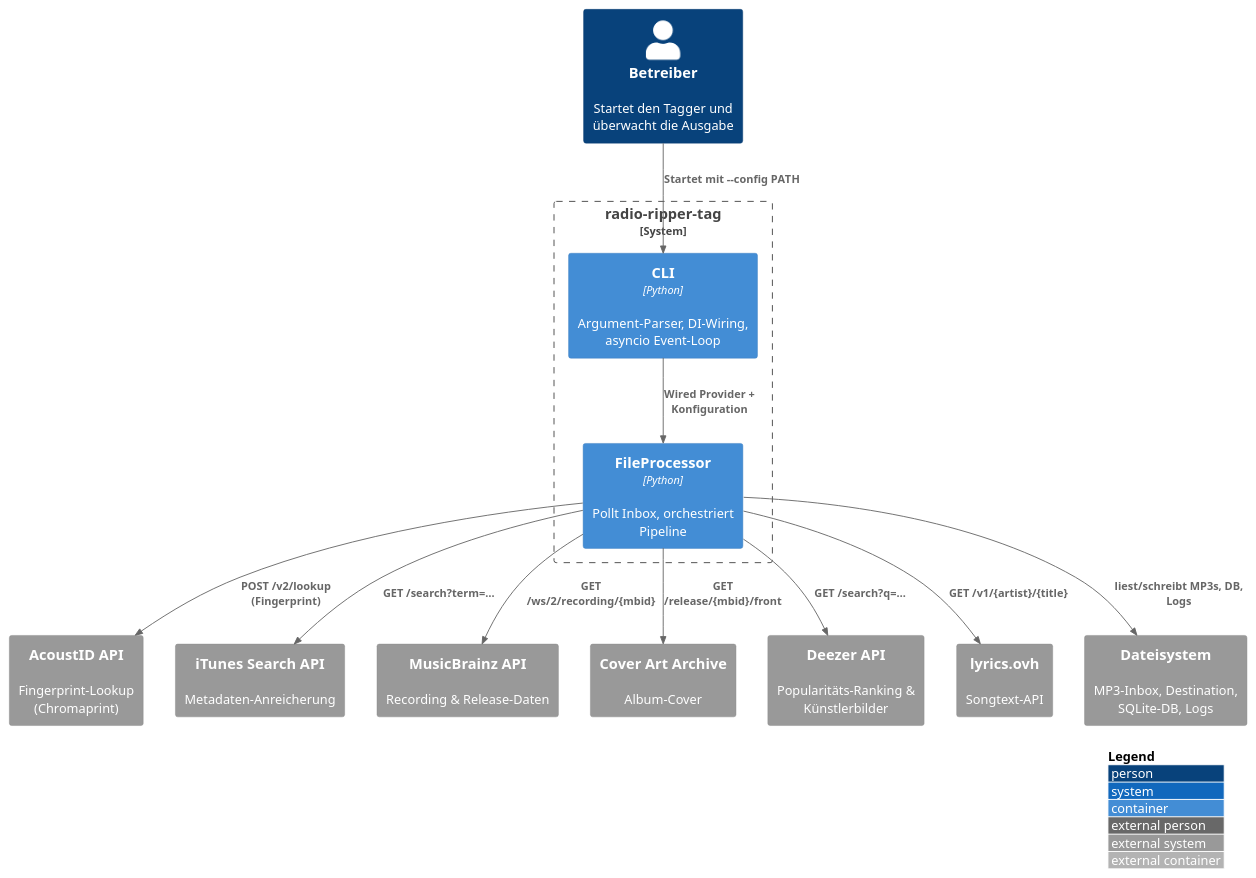
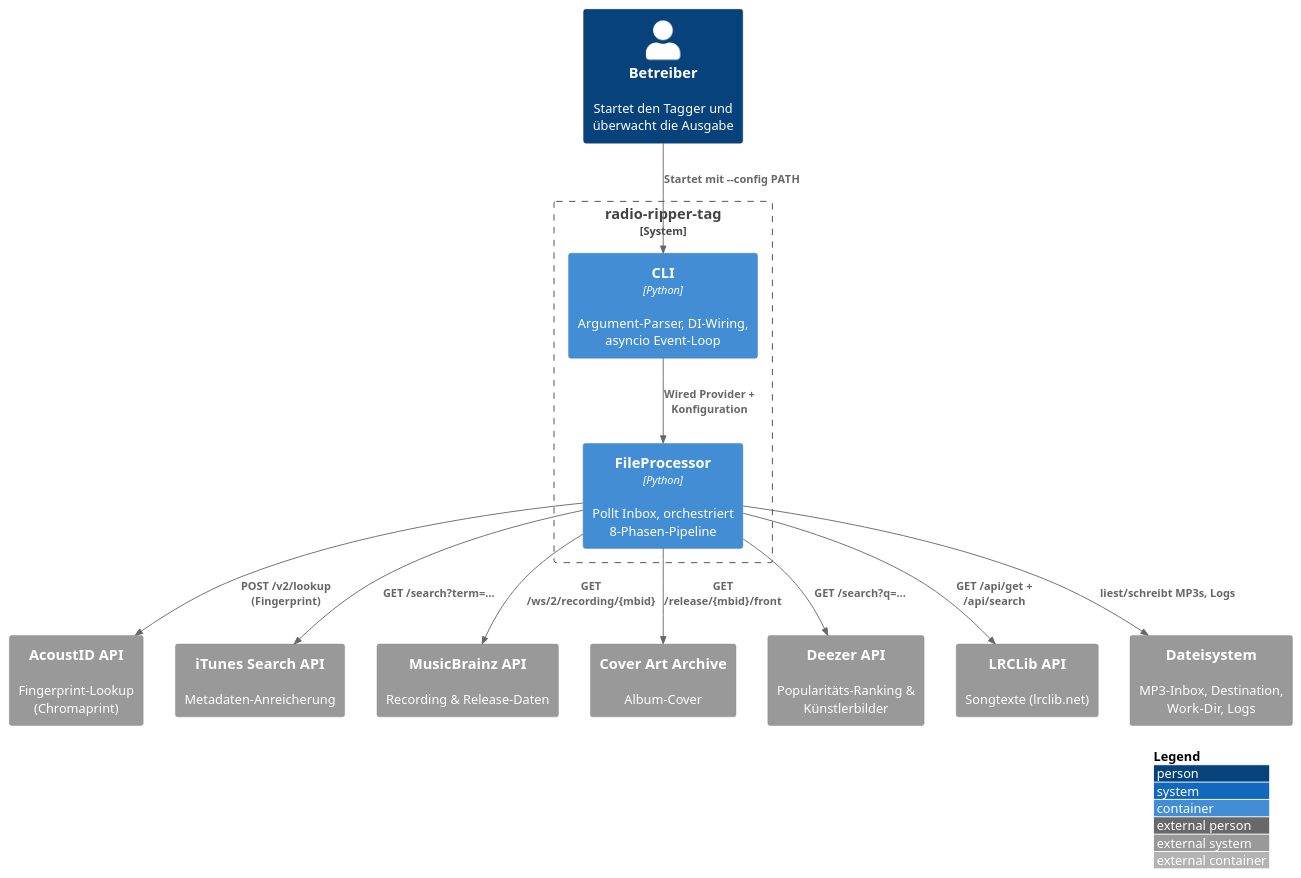
Before and after one commit to domoskanonos/mp3tagger: the diagram in docs/diagrams/context.puml, drawn with PlantUML. The commit also changed 21 other files, not shown here.

```diff
--- a/docs/diagrams/context.puml
+++ b/docs/diagrams/context.puml
@@ -1,33 +1,33 @@
 @startuml radio-ripper-tag Systemkontext
 !include <C4/C4_Context>
 !include <C4/C4_Container>
 
 LAYOUT_WITH_LEGEND()
 
 Person(ripper, "Betreiber", "Startet den Tagger und überwacht die Ausgabe")
 
 System_Boundary(tagger, "radio-ripper-tag") {
     Container(cli, "CLI", "Python", "Argument-Parser, DI-Wiring, asyncio Event-Loop")
-    Container(proc, "FileProcessor", "Python", "Pollt Inbox, orchestriert Pipeline")
+    Container(proc, "FileProcessor", "Python", "Pollt Inbox, orchestriert 8-Phasen-Pipeline")
 }
 
 System_Ext(acoustid, "AcoustID API", "Fingerprint-Lookup (Chromaprint)")
 System_Ext(itunes, "iTunes Search API", "Metadaten-Anreicherung")
 System_Ext(musicbrainz, "MusicBrainz API", "Recording & Release-Daten")
 System_Ext(coverart, "Cover Art Archive", "Album-Cover")
 System_Ext(deezer, "Deezer API", "Popularitäts-Ranking & Künstlerbilder")
-System_Ext(lyricsovh, "lyrics.ovh", "Songtext-API")
-System_Ext(filesystem, "Dateisystem", "MP3-Inbox, Destination, SQLite-DB, Logs")
+System_Ext(lrclib, "LRCLib API", "Songtexte (lrclib.net)")
+System_Ext(filesystem, "Dateisystem", "MP3-Inbox, Destination, Work-Dir, Logs")
 
 Rel(ripper, cli, "Startet mit --config PATH")
 Rel(cli, proc, "Wired Provider + Konfiguration")
 
 Rel(proc, acoustid, "POST /v2/lookup (Fingerprint)")
 Rel(proc, itunes, "GET /search?term=…")
 Rel(proc, musicbrainz, "GET /ws/2/recording/{mbid}")
 Rel(proc, coverart, "GET /release/{mbid}/front")
 Rel(proc, deezer, "GET /search?q=…")
-Rel(proc, lyricsovh, "GET /v1/{artist}/{title}")
-Rel(proc, filesystem, "liest/schreibt MP3s, DB, Logs")
+Rel(proc, lrclib, "GET /api/get + /api/search")
+Rel(proc, filesystem, "liest/schreibt MP3s, Logs")
 
 @enduml
```
